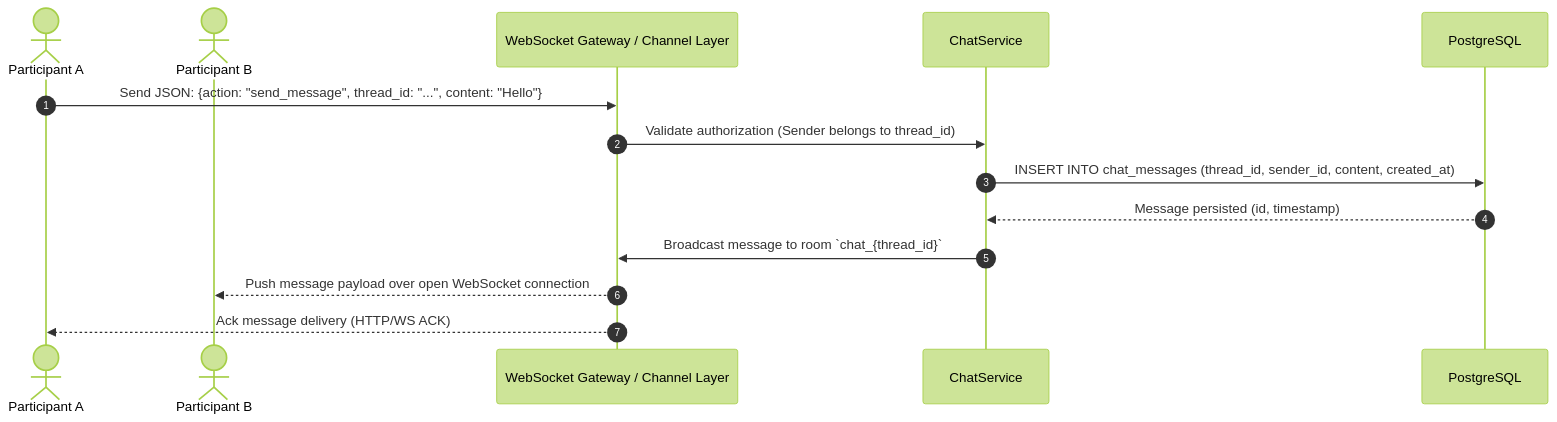
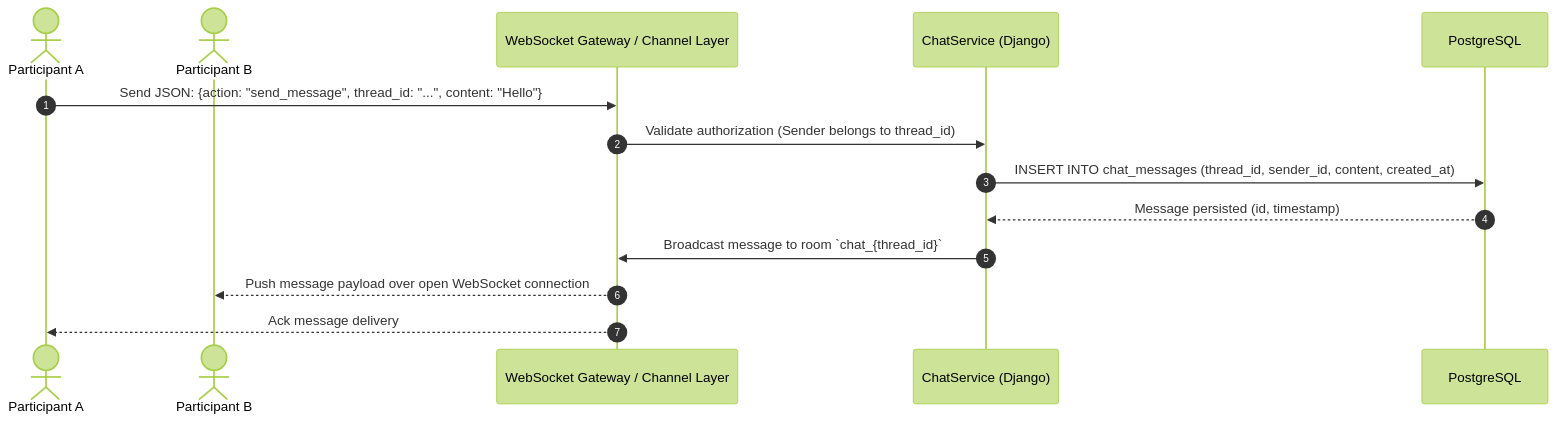
One commit to gctrupti/hoodi changed the eighth of 9 diagrams in docs/system-design.md. Above: the diagram before and after it, drawn with Mermaid (forest theme). The commit also changed other lines of this file and 6 other files, not shown here.

Commit message:
docs(architecture): update system design blueprint, ADRs, and database migration audit scripts

````diff
--- a/docs/system-design.md
+++ b/docs/system-design.md
@@ -418,17 +420,17 @@
 ```mermaid
 sequenceDiagram
     autonumber
     actor Sender as Participant A
     actor Receiver as Participant B
     participant WS as WebSocket Gateway / Channel Layer
-    participant Chat as ChatService
+    participant Chat as ChatService (Django)
     participant DB as PostgreSQL
 
     Sender->>WS: Send JSON: {action: "send_message", thread_id: "...", content: "Hello"}
     WS->>Chat: Validate authorization (Sender belongs to thread_id)
     Chat->>DB: INSERT INTO chat_messages (thread_id, sender_id, content, created_at)
     DB-->>Chat: Message persisted (id, timestamp)
     Chat->>WS: Broadcast message to room `chat_{thread_id}`
     WS-->>Receiver: Push message payload over open WebSocket connection
-    WS-->>Sender: Ack message delivery (HTTP/WS ACK)
+    WS-->>Sender: Ack message delivery
 ```
````
